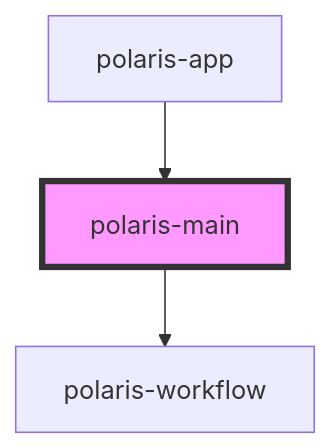
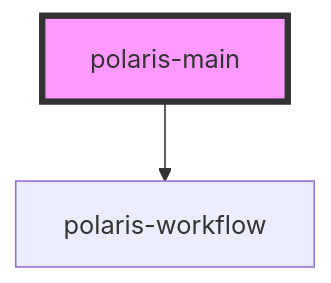
Before and after one commit to Caracal-IT/polaris: the diagram in src/components/app/polaris-main/readme.md, drawn with Mermaid. The commit also changed other lines of this file and 47 other files, not shown here.

````diff
--- a/src/components/app/polaris-main/readme.md
+++ b/src/components/app/polaris-main/readme.md
@@ -19,6 +15,5 @@
 ```mermaid
 graph TD;
   polaris-main --> polaris-workflow
-  polaris-app --> polaris-main
   style polaris-main fill:#f9f,stroke:#333,stroke-width:4px
 ```
````
